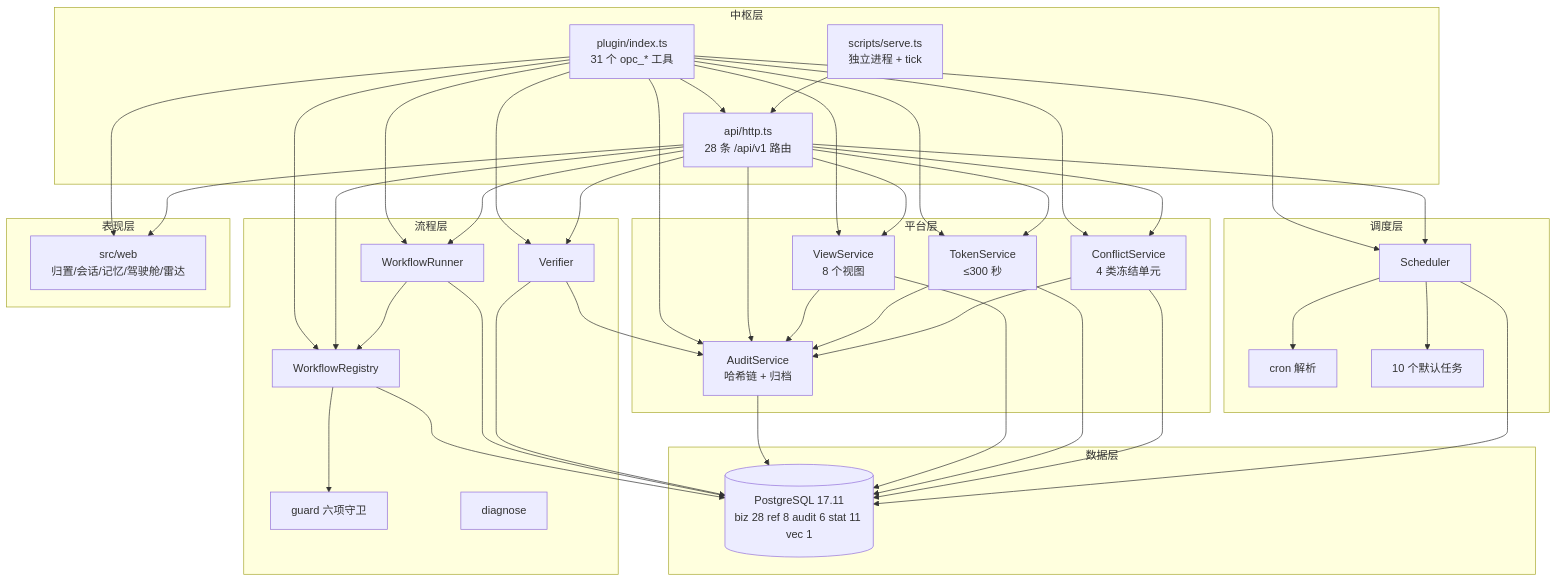
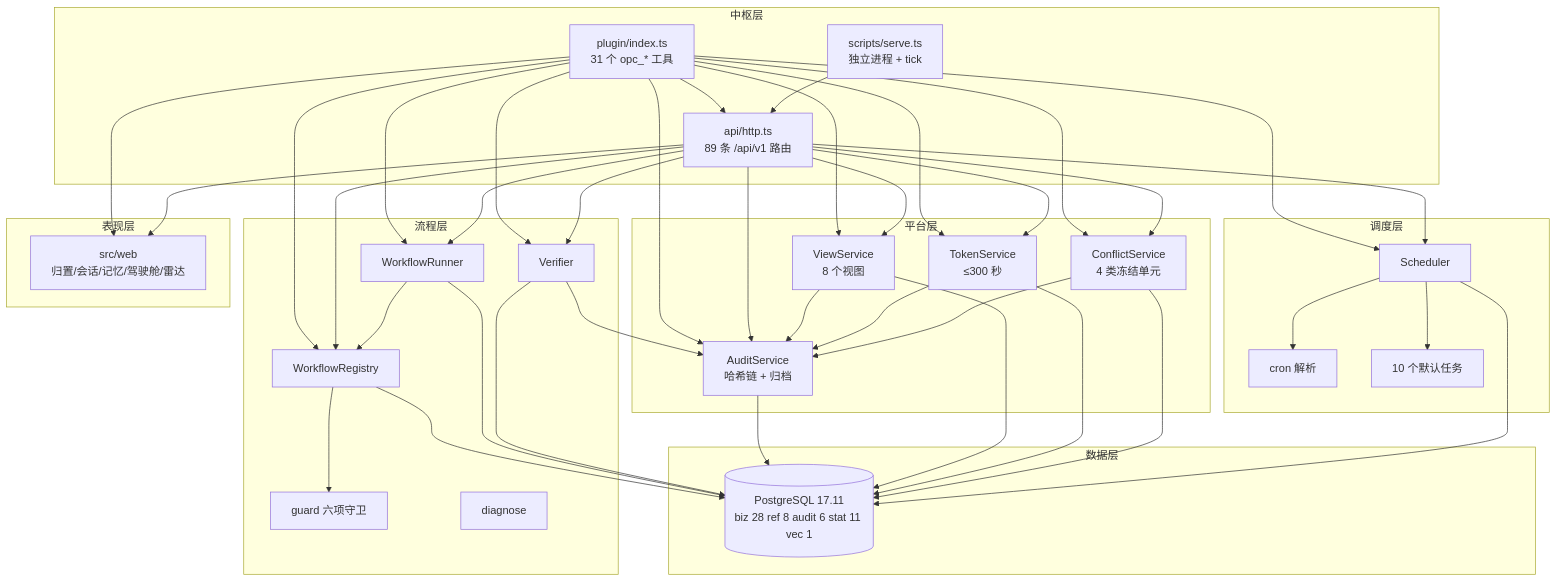
The first of 11 diagrams in docs/OPC-SDD-001-系统设计说明.md (mindtheory/opc-xuanji), drawn with Mermaid before and after one commit. The commit also changed other lines of this file and 13 other files, not shown here.

````diff
--- a/docs/OPC-SDD-001-系统设计说明.md
+++ b/docs/OPC-SDD-001-系统设计说明.md
@@ -105,68 +105,68 @@
 ```mermaid
 flowchart TB
   subgraph 中枢层
     PLUG["plugin/index.ts<br/>31 个 opc_* 工具"]
-    API["api/http.ts<br/>28 条 /api/v1 路由"]
+    API["api/http.ts<br/>89 条 /api/v1 路由"]
     SERVE["scripts/serve.ts<br/>独立进程 + tick"]
   end
   subgraph 平台层
     AUD["AuditService<br/>哈希链 + 归档"]
     VW["ViewService<br/>8 个视图"]
     TK["TokenService<br/>≤300 秒"]
     CFL["ConflictService<br/>4 类冻结单元"]
   end
   subgraph 流程层
     REG["WorkflowRegistry"]
     GRD["guard 六项守卫"]
     RUN["WorkflowRunner"]
     VER["Verifier"]
     DIA["diagnose"]
   end
   subgraph 调度层
     CRON["cron 解析"]
     ENG["Scheduler"]
     TASKS["10 个默认任务"]
   end
   subgraph 表现层
     WEBM["src/web<br/>归置/会话/记忆/驾驶舱/雷达"]
   end
   subgraph 数据层
     PG[("PostgreSQL 17.11<br/>biz 28 ref 8 audit 6 stat 11 vec 1")]
   end
   PLUG --> API
   SERVE --> API
   PLUG --> WEBM
   API --> WEBM
   PLUG --> AUD
   PLUG --> VW
   PLUG --> TK
   PLUG --> CFL
   PLUG --> REG
   PLUG --> RUN
   PLUG --> VER
   PLUG --> ENG
   API --> AUD
   API --> VW
   API --> TK
   API --> CFL
   API --> REG
   API --> RUN
   API --> VER
   API --> ENG
   REG --> GRD
   RUN --> REG
   VER --> AUD
   VW --> AUD
   TK --> AUD
   CFL --> AUD
   ENG --> CRON
   ENG --> TASKS
   AUD --> PG
   VW --> PG
   TK --> PG
   CFL --> PG
   REG --> PG
   RUN --> PG
   VER --> PG
   ENG --> PG
 ```
````
